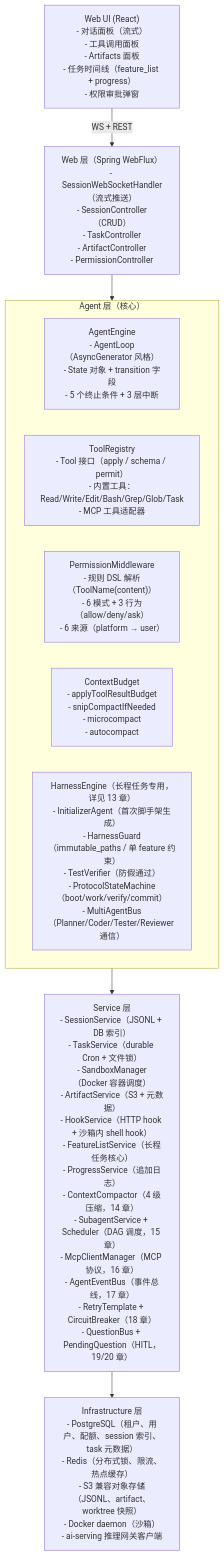
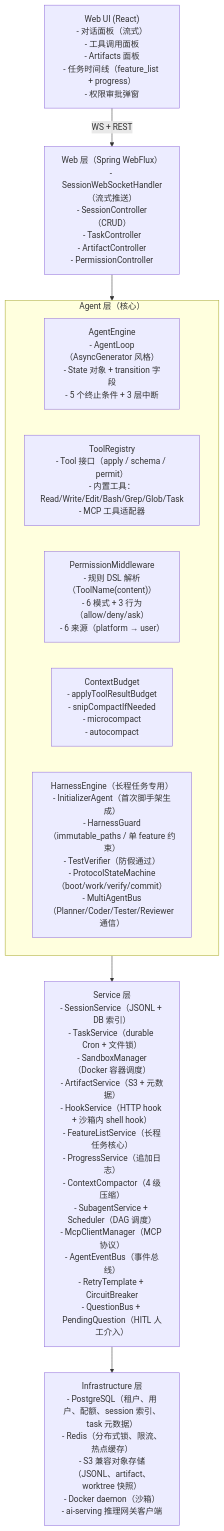
Before and after one commit to UranusGit/java-agent-learn: the fourth of 14 diagrams in docs/web-claude/01-项目设计.md, drawn with Mermaid. The commit also changed other lines of this file and 184 other files, not shown here.

````diff
--- a/docs/web-claude/01-项目设计.md
+++ b/docs/web-claude/01-项目设计.md
@@ -162,14 +162,14 @@
 ```mermaid
 flowchart TD
     UI["Web UI (React)<br/>- 对话面板（流式）<br/>- 工具调用面板<br/>- Artifacts 面板<br/>- 任务时间线（feature_list + progress）<br/>- 权限审批弹窗"] -->|"WS + REST"| WEB["Web 层（Spring WebFlux）<br/>- SessionWebSocketHandler（流式推送）<br/>- SessionController（CRUD）<br/>- TaskController<br/>- ArtifactController<br/>- PermissionController"]
     WEB --> AGENT
     subgraph AGENT["Agent 层（核心）"]
         AE["AgentEngine<br/>- AgentLoop（AsyncGenerator 风格）<br/>- State 对象 + transition 字段<br/>- 5 个终止条件 + 3 层中断"]
         TR["ToolRegistry<br/>- Tool 接口（apply / schema / permit）<br/>- 内置工具：Read/Write/Edit/Bash/Grep/Glob/Task<br/>- MCP 工具适配器"]
         PM["PermissionMiddleware<br/>- 规则 DSL 解析（ToolName(content)）<br/>- 6 模式 + 3 行为（allow/deny/ask）<br/>- 6 来源（platform → user）"]
         CB["ContextBudget<br/>- applyToolResultBudget<br/>- snipCompactIfNeeded<br/>- microcompact<br/>- autocompact"]
-        HE["HarnessEngine（长程任务专用，详见 13 章）<br/>- InitializerAgent（首次脚手架生成）<br/>- HarnessGuard（immutable_paths / 单 feature 约束）<br/>- TestVerifier（防假通过）<br/>- ProtocolStateMachine（boot/work/verify/commit）<br/>- MultiAgentBus（Planner/Coder/Tester/Reviewer 通信）"]
+        HE["HarnessEngine（长程任务专用）<br/>- InitializerAgent（首次脚手架生成）<br/>- HarnessGuard（immutable_paths / 单 feature 约束）<br/>- TestVerifier（防假通过）<br/>- ProtocolStateMachine（boot/work/verify/commit）<br/>- MultiAgentBus（Planner/Coder/Tester/Reviewer 通信）"]
     end
-    AGENT --> SVC["Service 层<br/>- SessionService（JSONL + DB 索引）<br/>- TaskService（durable Cron + 文件锁）<br/>- SandboxManager（Docker 容器调度）<br/>- ArtifactService（S3 + 元数据）<br/>- HookService（HTTP hook + 沙箱内 shell hook）<br/>- FeatureListService（长程任务核心）<br/>- ProgressService（追加日志）<br/>- ContextCompactor（4 级压缩，14 章）<br/>- SubagentService + Scheduler（DAG 调度，15 章）<br/>- McpClientManager（MCP 协议，16 章）<br/>- AgentEventBus（事件总线，17 章）<br/>- RetryTemplate + CircuitBreaker（18 章）<br/>- QuestionBus + PendingQuestion（HITL，19/20 章）"]
+    AGENT --> SVC["Service 层<br/>- SessionService（JSONL + DB 索引）<br/>- TaskService（durable Cron + 文件锁）<br/>- SandboxManager（Docker 容器调度）<br/>- ArtifactService（S3 + 元数据）<br/>- HookService（HTTP hook + 沙箱内 shell hook）<br/>- FeatureListService（长程任务核心）<br/>- ProgressService（追加日志）<br/>- ContextCompactor（4 级压缩）<br/>- SubagentService + Scheduler（DAG 调度）<br/>- McpClientManager（MCP 协议）<br/>- AgentEventBus（事件总线）<br/>- RetryTemplate + CircuitBreaker<br/>- QuestionBus + PendingQuestion（HITL 人工介入）"]
     SVC --> INF["Infrastructure 层<br/>- PostgreSQL（租户、用户、配额、session 索引、task 元数据）<br/>- Redis（分布式锁、限流、热点缓存）<br/>- S3 兼容对象存储（JSONL、artifact、worktree 快照）<br/>- Docker daemon（沙箱）<br/>- ai-serving 推理网关客户端"]
 ```
````
